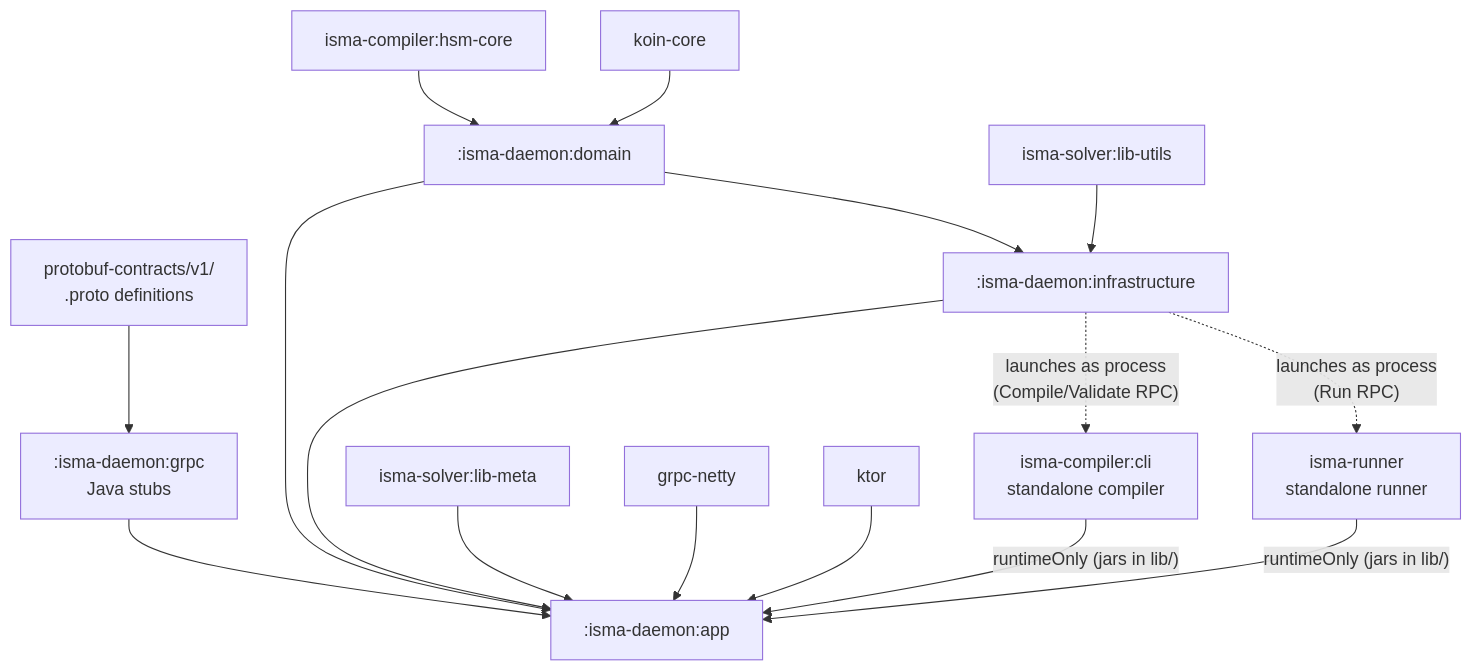
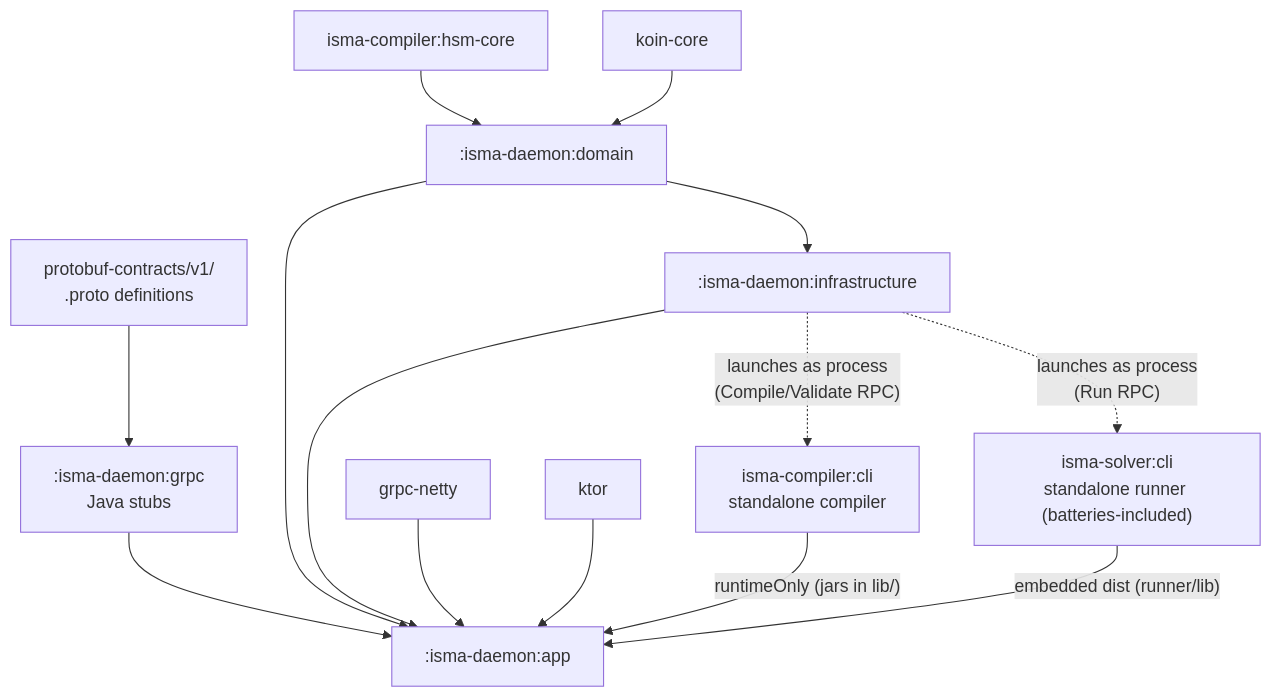
One commit to SmallBossGames/isma changed the second of 4 diagrams in docs/isma-daemon/01-overview.md. Above: the diagram before and after it, drawn with Mermaid. The commit also changed other lines of this file and 32 other files, not shown here.

Commit message:
Compler and runner as CLI

````diff
--- a/docs/isma-daemon/01-overview.md
+++ b/docs/isma-daemon/01-overview.md
@@ -81,18 +81,16 @@
 ```mermaid
 graph TD
     Proto["protobuf-contracts/v1/\n.proto definitions"] --> Grpc[":isma-daemon:grpc\nJava stubs"]
     HsmCore["isma-compiler:hsm-core"] --> Domain[":isma-daemon:domain"]
     Koin["koin-core"] --> Domain
     Domain --> Infra[":isma-daemon:infrastructure"]
-    SolverLibUtils["isma-solver:lib-utils"] --> Infra
     Grpc --> App[":isma-daemon:app"]
     Domain --> App
     Infra --> App
-    SolverMeta["isma-solver:lib-meta"] --> App
     GrpcLib["grpc-netty"] --> App
     Ktor["ktor"] --> App
     Cli["isma-compiler:cli\nstandalone compiler"] -->|"runtimeOnly (jars in lib/)"| App
-    Runner["isma-runner\nstandalone runner"] -->|"runtimeOnly (jars in lib/)"| App
+    Runner["isma-solver:cli\nstandalone runner (batteries-included)"] -->|"embedded dist (runner/lib)"| App
     Infra -.->|"launches as process\n(Compile/Validate RPC)"| Cli
     Infra -.->|"launches as process\n(Run RPC)"| Runner
 ```
````
